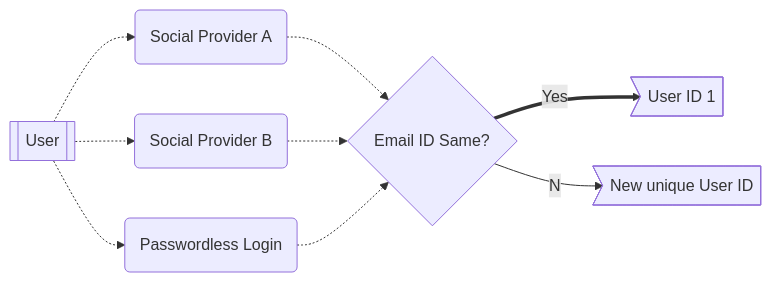
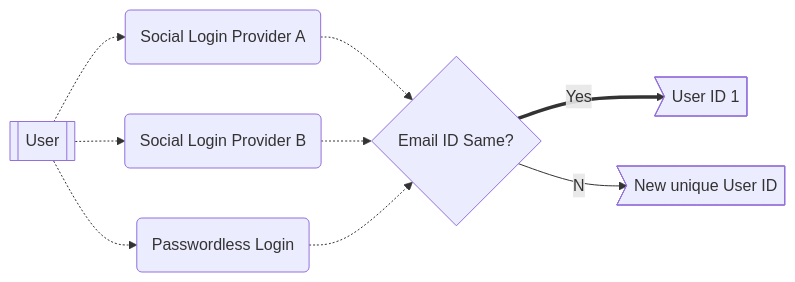
Before and after one commit to shaloo/docs.arcana: the diagram in docs/concepts/authtype/aggregatelogin.md, drawn with Mermaid. The commit also changed other lines of this file and 88 other files, not shown here.

````diff
--- a/docs/concepts/authtype/aggregatelogin.md
+++ b/docs/concepts/authtype/aggregatelogin.md
@@ -18,7 +18,7 @@
 ```mermaid
 graph LR
-  A\[[User]] -.-> B(Social Provider A) -.-> E{Email ID Same?} ==Yes==> F>User ID 1];
+  A\[[User]] -.-> B(Social Login Provider A) -.-> E{Email ID Same?} ==Yes==> F>User ID 1];
   E{Email ID Same?} ==No==> G>New unique User ID];
-  A\[[User]] -.-> M(Social Provider B) -.-> E{Email ID Same?};
+  A\[[User]] -.-> M(Social Login Provider B) -.-> E{Email ID Same?};
   A\[[User]] -.-> C(Passwordless Login) -.-> E{Email ID Same?};
 ```
````
